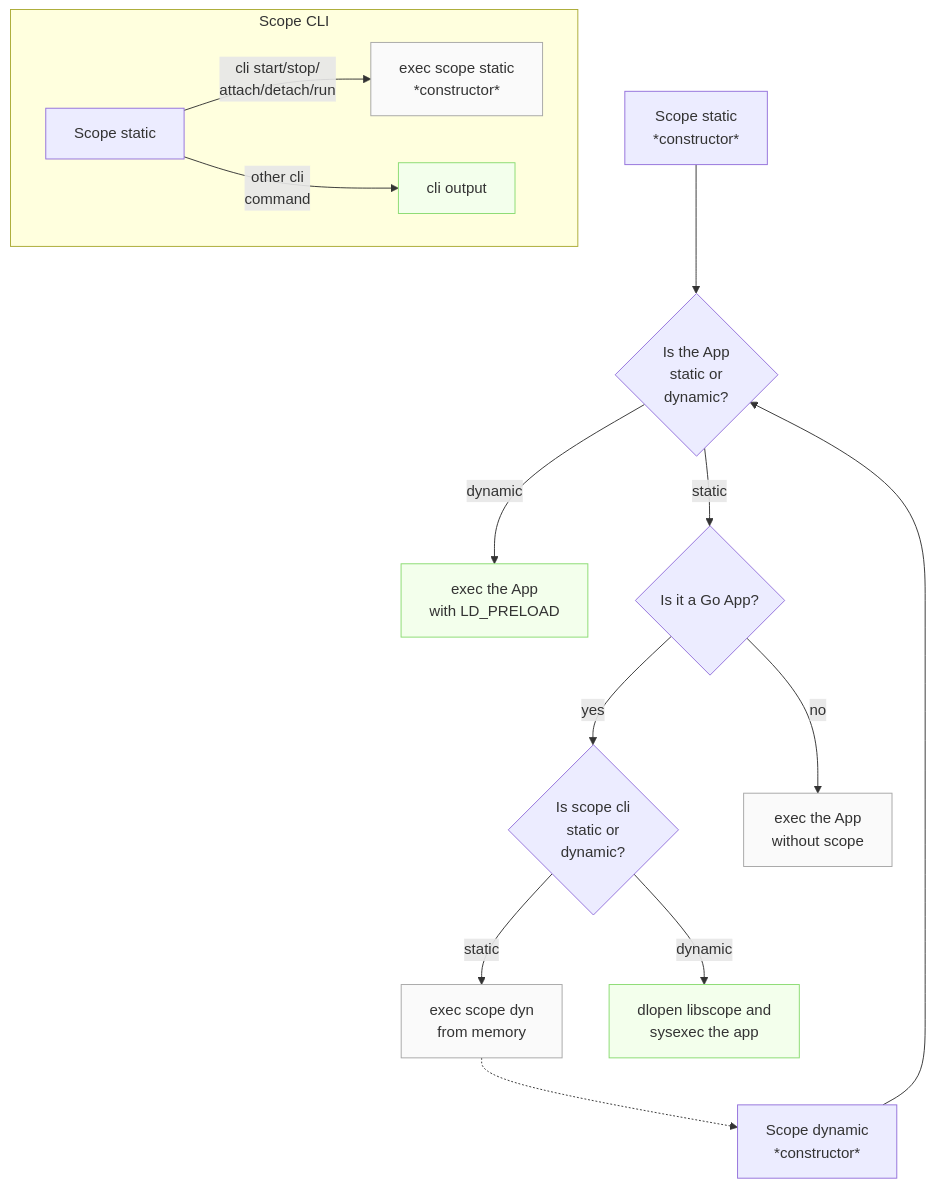
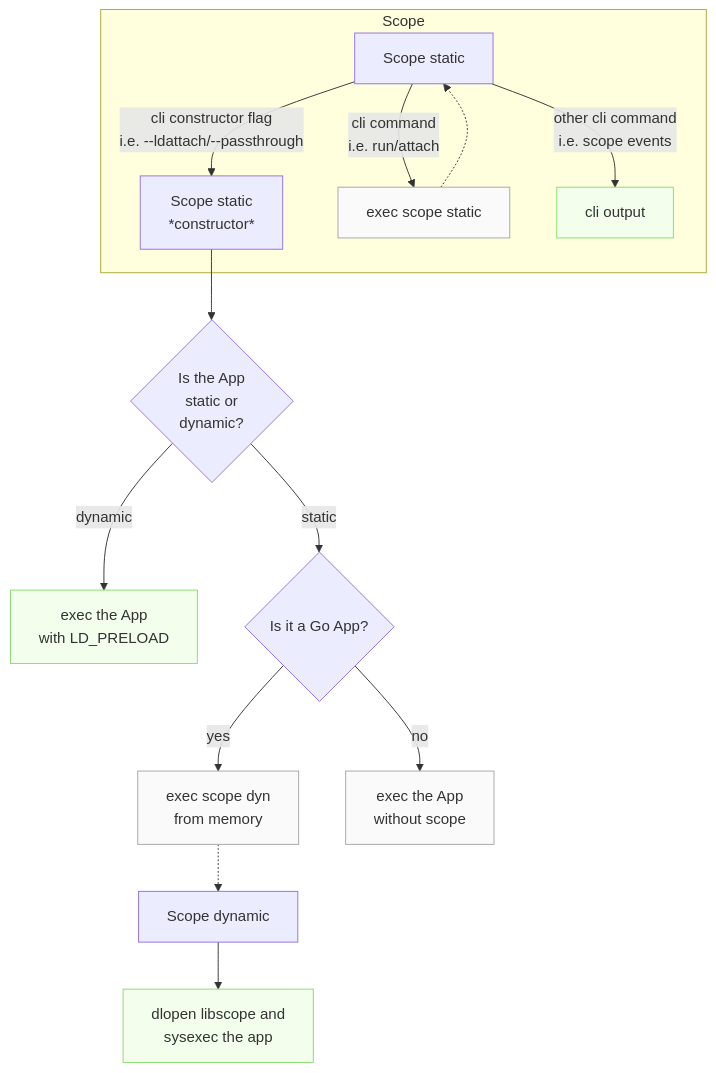
The diagram in docs/Execution.md (criblio/appscope), drawn with Mermaid before and after one commit. The commit also changed 1 other file, not shown here.

Commit message:
fix musl test cp error

````diff
--- a/docs/Execution.md
+++ b/docs/Execution.md
@@ -1,28 +1,26 @@
 ```mermaid
 graph TD
-  
     A[Scope static \n *constructor*]
     A --> B{Is the App \n static or \n dynamic?}
     B -->|dynamic| C[exec the App \n with LD_PRELOAD]
     B -->|static| D{Is it a Go App?}
-    D -->|yes| E{Is scope cli \n static or \n dynamic?}
+    D -->|yes| E[exec scope dyn \n from memory]
     D -->|no| F[exec the App \n without scope]
-    E -->|static| G[exec scope dyn \n from memory]
-    E -->|dynamic| H[dlopen libscope and \n sysexec the app]
-    G -.-> I[Scope dynamic \n *constructor*]
-    I --> B
+    E -.-> I[Scope dynamic]
+    I --> H[dlopen libscope and \n sysexec the app]
 
-    subgraph Scope CLI
+    subgraph Scope
     S[Scope static]
-    S-->|cli start/stop/ \n attach/detach/run|T[exec scope static \n *constructor*]
-    S-->|other cli \n command|U[cli output]
+    S-->|cli command \n i.e. run/attach| T[exec scope static]
+    T -.-> S
+    S-->|cli constructor flag \n i.e. --ldattach/--passthrough|A
+    S-->|other cli command \n i.e. scope events| U[cli output]
 
     style C fill:#f3ffec,stroke:#89db70
     style F fill:#fafafa,stroke:#a6a6a6
-    style G fill:#fafafa,stroke:#a6a6a6
+    style E fill:#fafafa,stroke:#a6a6a6
     style H fill:#f3ffec,stroke:#89db70
     style T fill:#fafafa,stroke:#a6a6a6
     style U fill:#f3ffec,stroke:#89db70
-
 end
 ```
````
